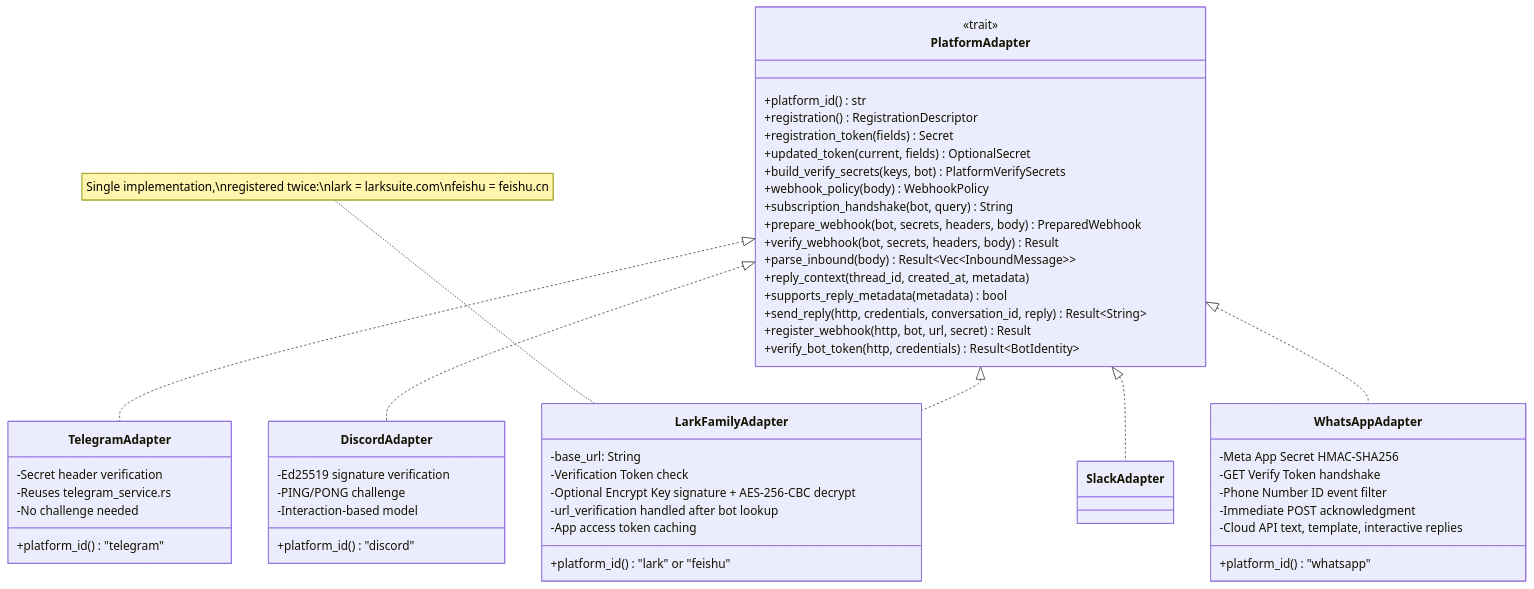
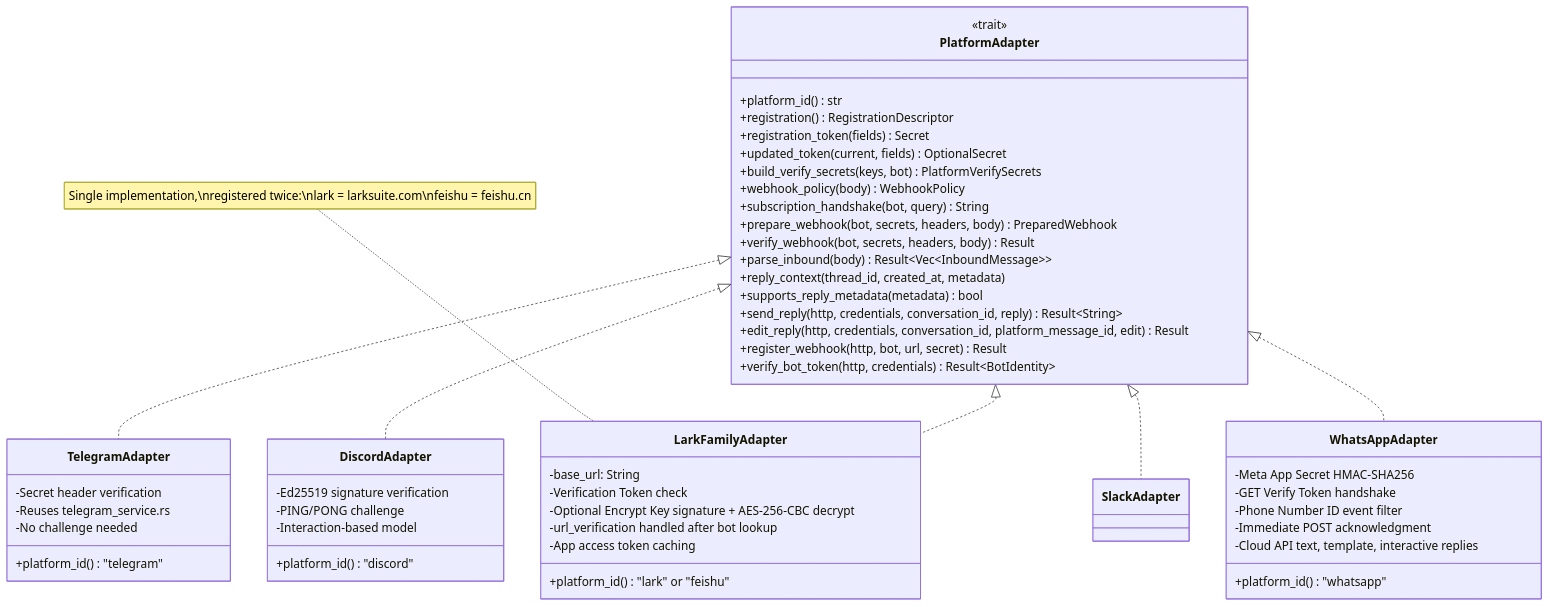
One commit to ChronoAIProject/NyxID changed the ninth of 17 diagrams in docs/CHANNEL_BOT_RELAY.md. Above: the diagram before and after it, drawn with Mermaid. The commit also changed other lines of this file and 11 other files, not shown here.

````diff
--- a/docs/CHANNEL_BOT_RELAY.md
+++ b/docs/CHANNEL_BOT_RELAY.md
@@ -482,61 +502,62 @@
 ```mermaid
 classDiagram
     class PlatformAdapter {
         <<trait>>
         +platform_id() str
         +registration() RegistrationDescriptor
         +registration_token(fields) Secret
         +updated_token(current, fields) OptionalSecret
         +build_verify_secrets(keys, bot) PlatformVerifySecrets
         +webhook_policy(body) WebhookPolicy
         +subscription_handshake(bot, query) String
         +prepare_webhook(bot, secrets, headers, body) PreparedWebhook
         +verify_webhook(bot, secrets, headers, body) Result
         +parse_inbound(body) Result~Vec~InboundMessage~~
         +reply_context(thread_id, created_at, metadata)
         +supports_reply_metadata(metadata) bool
         +send_reply(http, credentials, conversation_id, reply) Result~String~
+        +edit_reply(http, credentials, conversation_id, platform_message_id, edit) Result
         +register_webhook(http, bot, url, secret) Result
         +verify_bot_token(http, credentials) Result~BotIdentity~
     }
 
     class TelegramAdapter {
         +platform_id() "telegram"
         -Secret header verification
         -Reuses telegram_service.rs
         -No challenge needed
     }
 
     class DiscordAdapter {
         +platform_id() "discord"
         -Ed25519 signature verification
         -PING/PONG challenge
         -Interaction-based model
     }
 
     class LarkFamilyAdapter {
         -base_url: String
         +platform_id() "lark" or "feishu"
         -Verification Token check
         -Optional Encrypt Key signature + AES-256-CBC decrypt
         -url_verification handled after bot lookup
         -App access token caching
     }
 
     PlatformAdapter <|.. TelegramAdapter
     PlatformAdapter <|.. DiscordAdapter
     PlatformAdapter <|.. LarkFamilyAdapter
     PlatformAdapter <|.. SlackAdapter
     PlatformAdapter <|.. WhatsAppAdapter
 
     class WhatsAppAdapter {
         +platform_id() "whatsapp"
         -Meta App Secret HMAC-SHA256
         -GET Verify Token handshake
         -Phone Number ID event filter
         -Immediate POST acknowledgment
         -Cloud API text, template, interactive replies
     }
 
     note for LarkFamilyAdapter "Single implementation,\nregistered twice:\nlark = larksuite.com\nfeishu = feishu.cn"
 ```
````
